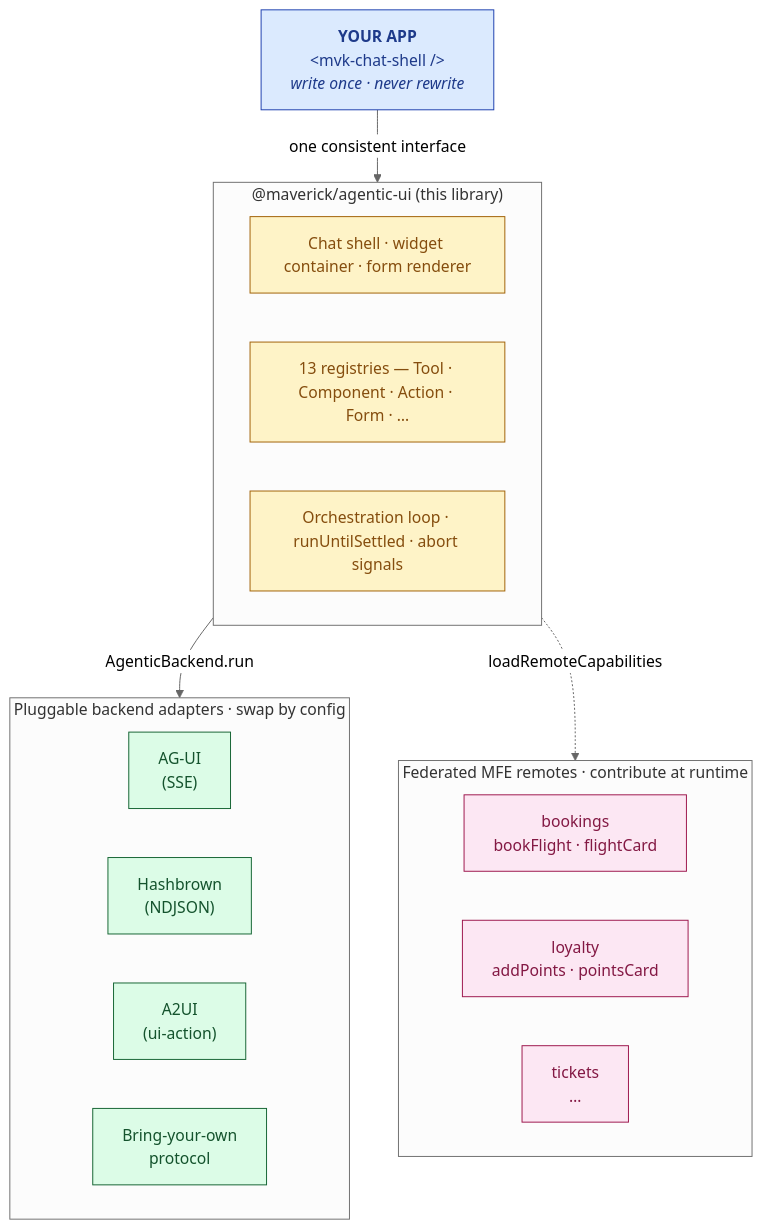
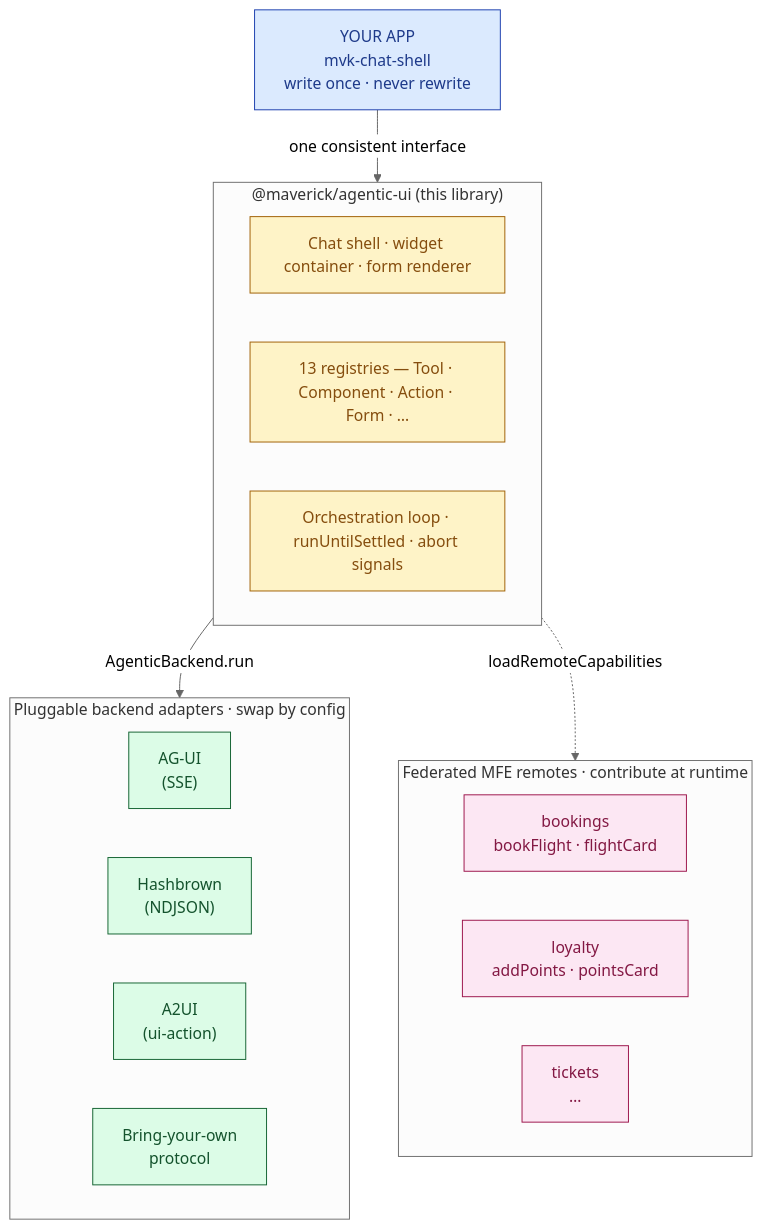
Before and after one commit to sahassakhare/agentic-ui: the second of 2 diagrams in README.md, drawn with Mermaid (neutral theme). The commit also changed other lines of this file and 4 other files, not shown here.

First line of the commit message:
docs(readme): animated hero GIF + Mermaid HTML-entity fix

````diff
--- a/README.md
+++ b/README.md
@@ -118,32 +120,32 @@
 ```mermaid
 flowchart TB
     classDef app fill:#dbeafe,stroke:#1e40af,stroke-width:1px,color:#1e3a8a
     classDef lib fill:#fef3c7,stroke:#a16207,stroke-width:1px,color:#854d0e
     classDef adapter fill:#dcfce7,stroke:#166534,stroke-width:1px,color:#14532d
     classDef remote fill:#fce7f3,stroke:#9d174d,stroke-width:1px,color:#831843
 
-    APP["<b>YOUR APP</b><br/>&lt;mvk-chat-shell /&gt;<br/><i>write once · never rewrite</i>"]:::app
+    APP["YOUR APP<br/>mvk-chat-shell<br/>write once · never rewrite"]:::app
 
     subgraph LIB["@maverick/agentic-ui (this library)"]
         L1["Chat shell · widget container · form renderer"]:::lib
         L2["13 registries — Tool · Component · Action · Form · …"]:::lib
         L3["Orchestration loop · runUntilSettled · abort signals"]:::lib
     end
 
     subgraph PROTO["Pluggable backend adapters · swap by config"]
         AG["AG-UI<br/>(SSE)"]:::adapter
         HB["Hashbrown<br/>(NDJSON)"]:::adapter
         A2["A2UI<br/>(ui-action)"]:::adapter
         BYO["Bring-your-own<br/>protocol"]:::adapter
     end
 
     subgraph MFE["Federated MFE remotes · contribute at runtime"]
         R1["bookings<br/>bookFlight · flightCard"]:::remote
         R2["loyalty<br/>addPoints · pointsCard"]:::remote
         R3["tickets<br/>…"]:::remote
     end
 
     APP -->|one consistent interface| LIB
     LIB -->|AgenticBackend.run| PROTO
     LIB -.->|loadRemoteCapabilities| MFE
 ```
````
